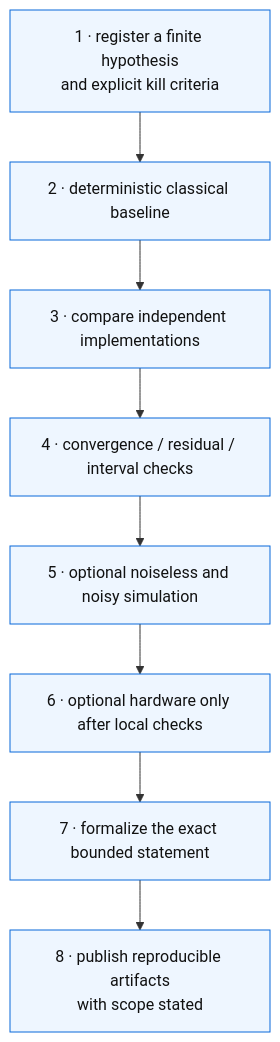
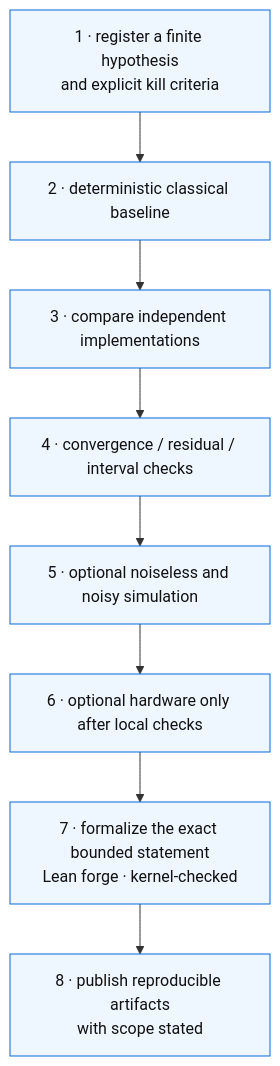
One commit to XioAISolutions/gaugegap-foundry changed the seventh of 8 diagrams in README.md. Above: the diagram before and after it, drawn with Mermaid. The commit also changed other lines of this file and 53 other files, not shown here.

First line of the commit message:
Five Lean tracks, 44 kernel-checked nodes: assumption accounting, the variational bound, and logical reversibility (#119)

````diff
--- a/README.md
+++ b/README.md
@@ -1038,12 +1091,12 @@
 ```mermaid
 flowchart TD
     H["1 · register a finite hypothesis<br/>and explicit kill criteria"] --> EX["2 · deterministic classical baseline"]
     EX --> CMP["3 · compare independent implementations"]
     CMP --> CONV["4 · convergence / residual / interval checks"]
     CONV --> SIM["5 · optional noiseless and noisy simulation"]
     SIM --> HW["6 · optional hardware only after local checks"]
-    HW --> FORMAL["7 · formalize the exact bounded statement"]
+    HW --> FORMAL["7 · formalize the exact bounded statement<br/>Lean forge · kernel-checked"]
     FORMAL --> PUB["8 · publish reproducible artifacts<br/>with scope stated"]
     classDef gate fill:#eef6ff,stroke:#0969da,color:#111;
     class H,EX,CMP,CONV,SIM,HW,FORMAL,PUB gate;
 ```
````
